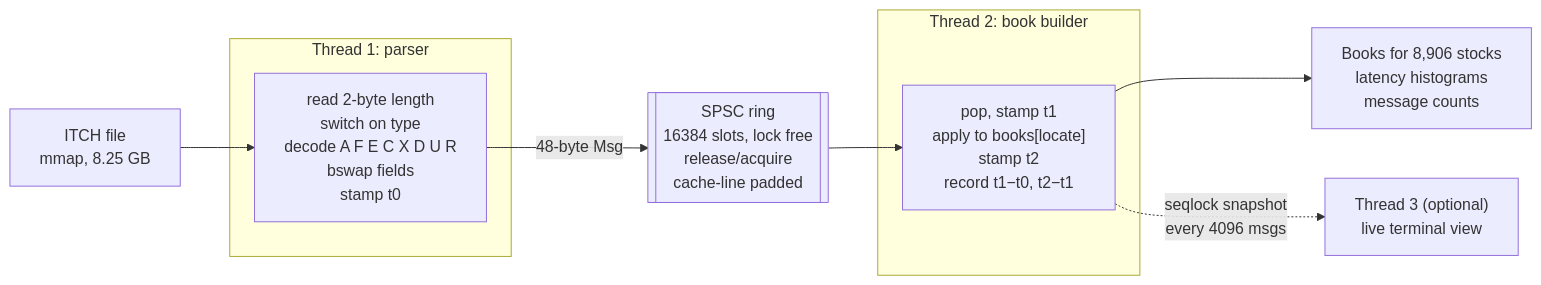
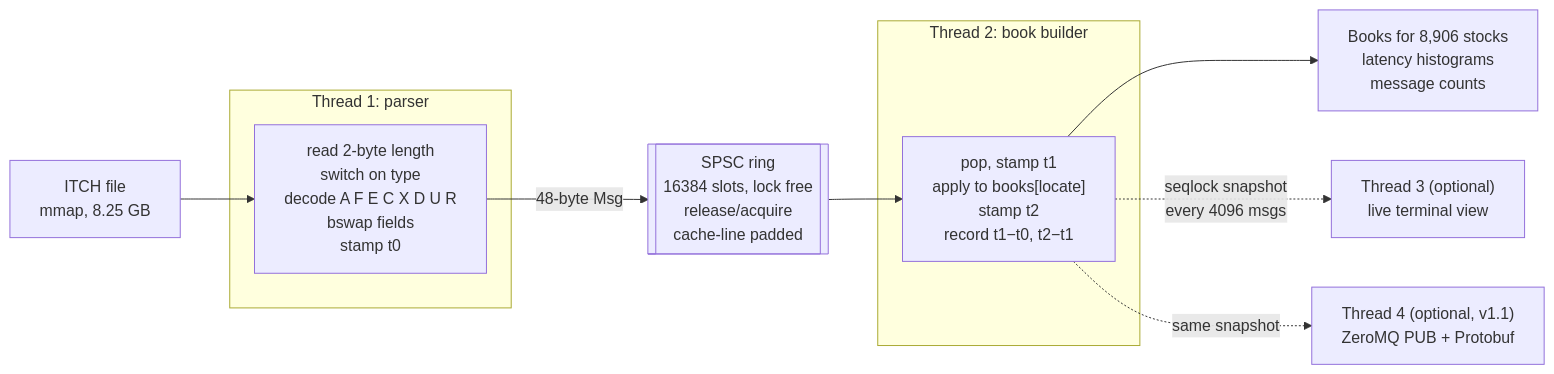
Before and after one commit to Tharun-Maheswararao/itch_feed_handler: the diagram in README.md, drawn with Mermaid. The commit also changed other lines of this file and 43 other files, not shown here.

````diff
--- a/README.md
+++ b/README.md
@@ -346,14 +403,15 @@
 ```mermaid
 flowchart LR
     F["ITCH file<br/>mmap, 8.25 GB"] --> P
     subgraph T1["Thread 1: parser"]
         P["read 2-byte length<br/>switch on type<br/>decode A F E C X D U R<br/>bswap fields<br/>stamp t0"]
     end
     P -- "48-byte Msg" --> Q[["SPSC ring<br/>16384 slots, lock free<br/>release/acquire<br/>cache-line padded"]]
     Q --> B
     subgraph T2["Thread 2: book builder"]
         B["pop, stamp t1<br/>apply to books[locate]<br/>stamp t2<br/>record t1−t0, t2−t1"]
     end
     B --> O["Books for 8,906 stocks<br/>latency histograms<br/>message counts"]
     B -. "seqlock snapshot<br/>every 4096 msgs" .-> V["Thread 3 (optional)<br/>live terminal view"]
+    B -. "same snapshot" .-> PUB["Thread 4 (optional, v1.1)<br/>ZeroMQ PUB + Protobuf"]
 ```
````
